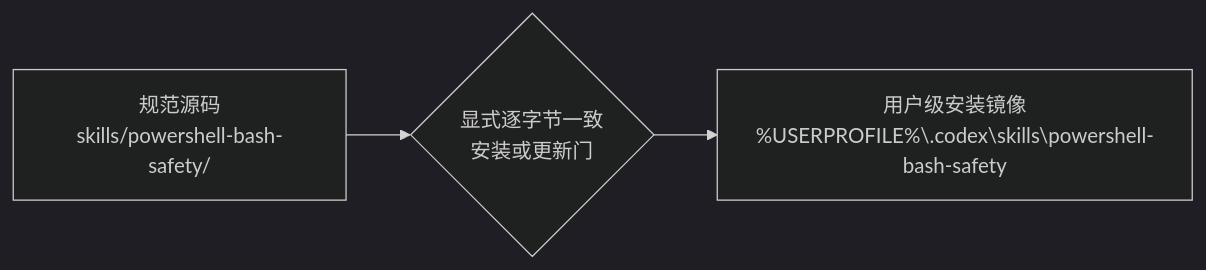
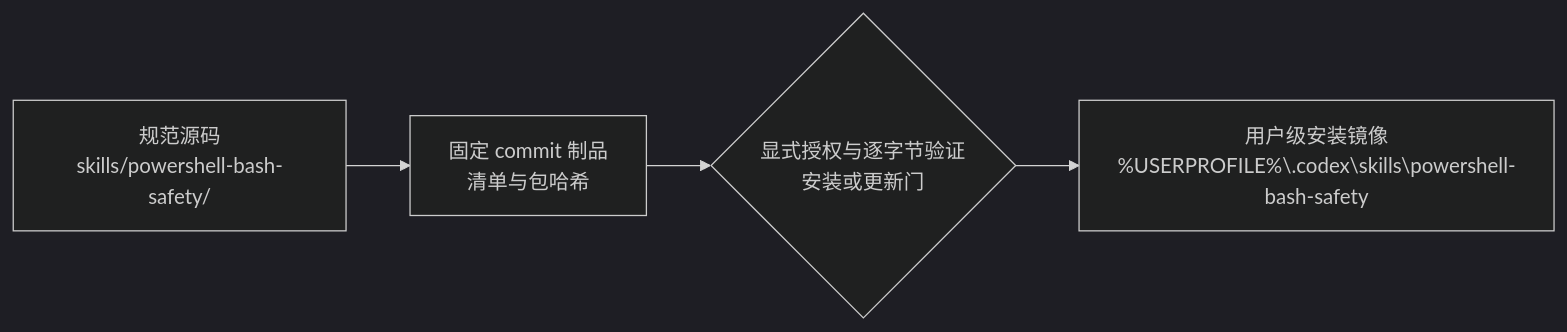
The diagram in DESIGN.md (Solismuchengxue/skill_powershell_bash_safety), drawn with Mermaid (dark theme) before and after one commit. The commit also changed other lines of this file and 2 other files, not shown here.

Commit message:
docs: 收口固定版本安装与更新回退流程

````diff
--- a/DESIGN.md
+++ b/DESIGN.md
@@ -34,8 +35,9 @@
 ```mermaid
 flowchart LR
     Source["规范源码<br/>skills/powershell-bash-safety/"]
-    Gate{"显式逐字节一致<br/>安装或更新门"}
+    Package["固定 commit 制品<br/>清单与包哈希"]
+    Gate{"显式授权与逐字节验证<br/>安装或更新门"}
     Mirror["用户级安装镜像<br/>%USERPROFILE%\.codex\skills\powershell-bash-safety"]
 
-    Source --> Gate --> Mirror
+    Source --> Package --> Gate --> Mirror
 ```
````
